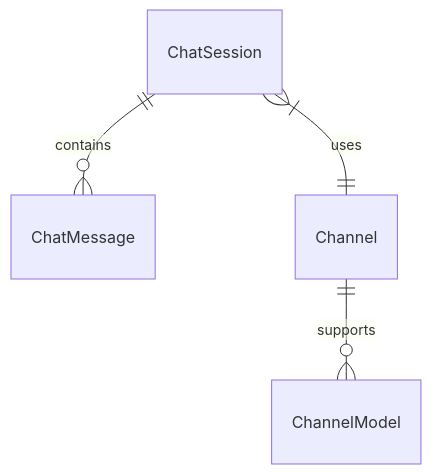
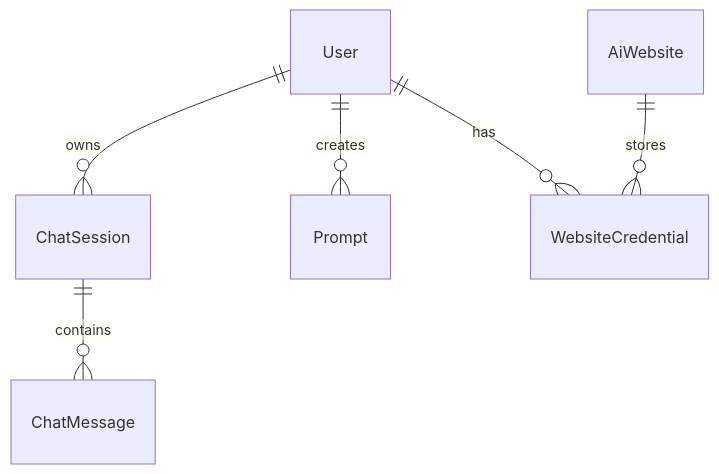
Before and after one commit to rbetree/llm-agent: the sixth of 10 diagrams in Docs/architecture/index.md, drawn with Mermaid. The commit also changed other lines of this file and 9 other files, not shown here.

````diff
--- a/Docs/architecture/index.md
+++ b/Docs/architecture/index.md
@@ -152,6 +176,8 @@
 ```mermaid
 erDiagram
     ChatSession ||--o{ ChatMessage : contains
-    ChatSession }|--|| Channel : uses
-    Channel ||--o{ ChannelModel : supports
+    User ||--o{ ChatSession : owns
+    User ||--o{ Prompt : creates
+    User ||--o{ WebsiteCredential : has
+    AiWebsite ||--o{ WebsiteCredential : stores
 ```
````
